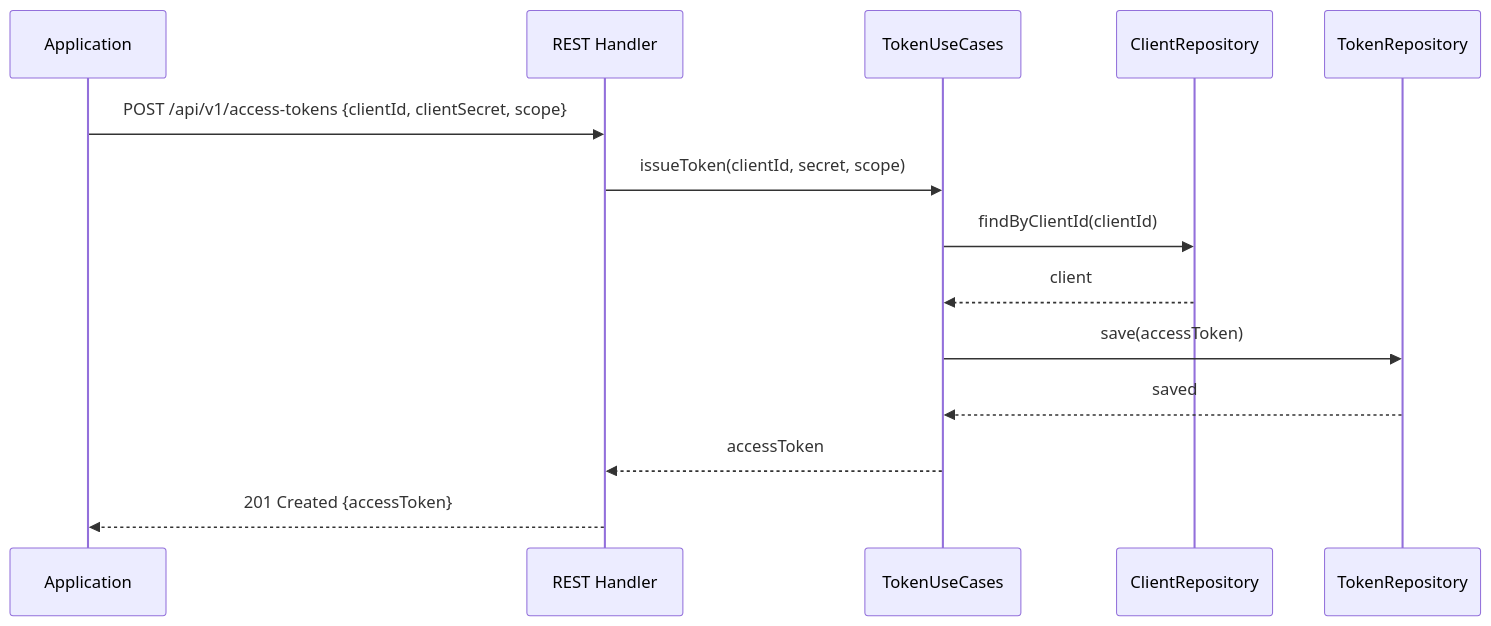
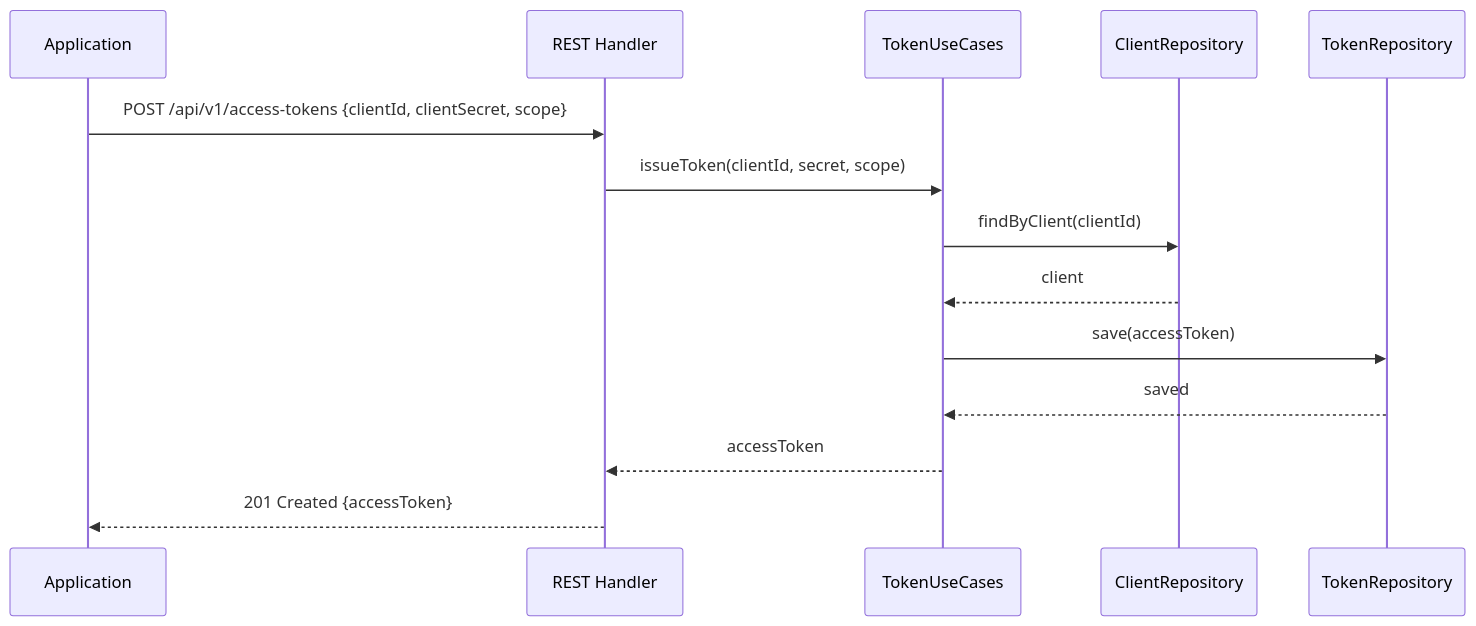
The third of 3 diagrams in oauth/UML.md (UIMSolutions/uim-platform), drawn with Mermaid before and after one commit. The commit also changed 88 other files, not shown here.

````diff
--- a/oauth/UML.md
+++ b/oauth/UML.md
@@ -92,17 +92,17 @@
 ```mermaid
 sequenceDiagram
     participant A as Application
     participant R as REST Handler
     participant UC as TokenUseCases
     participant CR as ClientRepository
     participant TR as TokenRepository
 
     A->>R: POST /api/v1/access-tokens {clientId, clientSecret, scope}
     R->>UC: issueToken(clientId, secret, scope)
-    UC->>CR: findByClientId(clientId)
+    UC->>CR: findByClient(clientId)
     CR-->>UC: client
     UC->>TR: save(accessToken)
     TR-->>UC: saved
     UC-->>R: accessToken
     R-->>A: 201 Created {accessToken}
 ```
````
